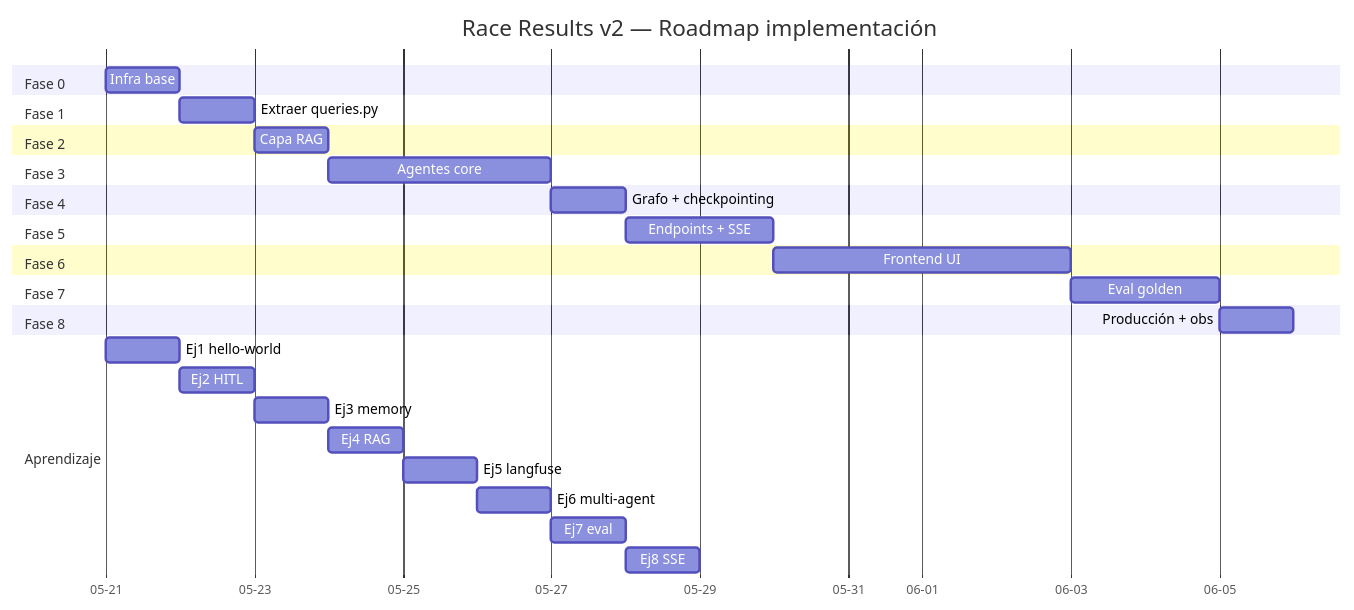
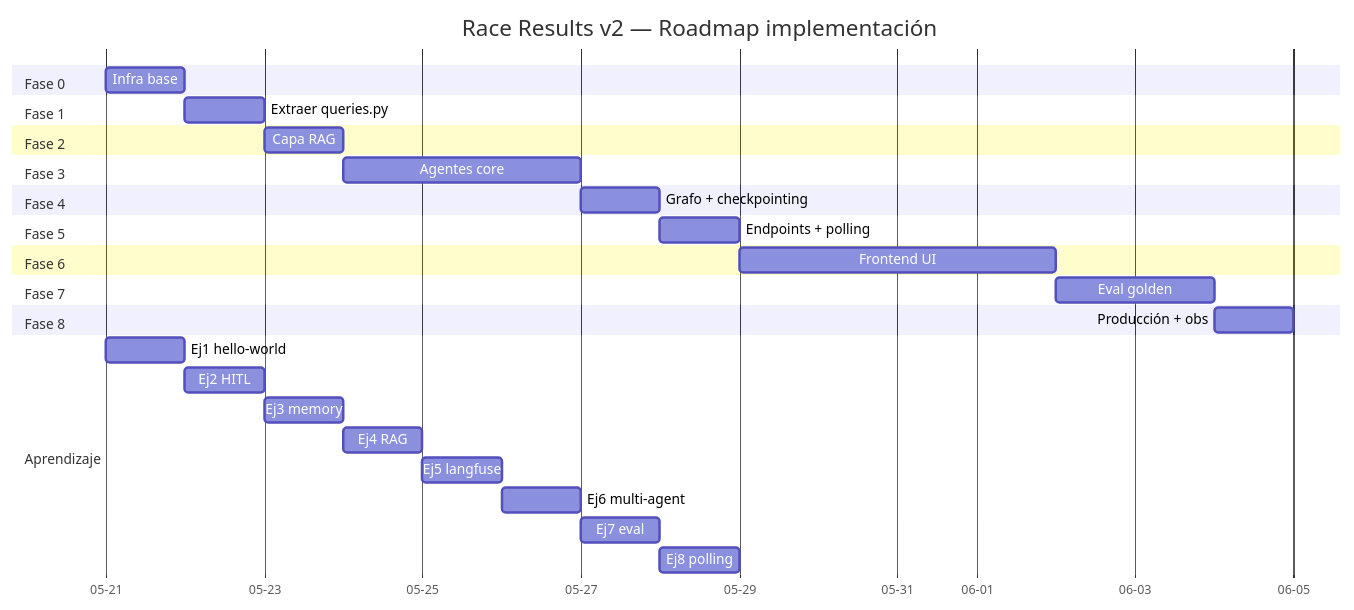
Before and after one commit to Club-Deportivo-Trocha-y-Ruta/mi: the first of 3 diagrams in docs/10-race-results/v2-implementation-workflow.md, drawn with Mermaid. The commit also changed other lines of this file and 1 other file, not shown here.

First line of the commit message:
docs(race-results): descarta SSE en favor de polling cada 2s

````diff
--- a/docs/10-race-results/v2-implementation-workflow.md
+++ b/docs/10-race-results/v2-implementation-workflow.md
@@ -51,43 +51,43 @@
 ```mermaid
 gantt
     title Race Results v2 — Roadmap implementación
     dateFormat YYYY-MM-DD
     axisFormat %m-%d
 
     section Fase 0
     Infra base                  :f0, 2026-05-21, 0.5d
 
     section Fase 1
     Extraer queries.py          :f1, after f0, 1d
 
     section Fase 2
     Capa RAG                    :f2, after f1, 1d
 
     section Fase 3
     Agentes core                :f3, after f2, 3d
 
     section Fase 4
     Grafo + checkpointing       :f4, after f3, 1d
 
     section Fase 5
-    Endpoints + SSE             :f5, after f4, 2d
+    Endpoints + polling         :f5, after f4, 0.5d
 
     section Fase 6
     Frontend UI                 :f6, after f5, 4d
 
     section Fase 7
     Eval golden                 :f7, after f6, 2d
 
     section Fase 8
     Producción + obs            :f8, after f7, 1d
 
     section Aprendizaje
     Ej1 hello-world             :ex1, 2026-05-21, 1d
     Ej2 HITL                    :ex2, after ex1, 1d
     Ej3 memory                  :ex3, after ex2, 1d
     Ej4 RAG                     :ex4, after ex3, 1d
     Ej5 langfuse                :ex5, after ex4, 1d
     Ej6 multi-agent             :ex6, after ex5, 1d
     Ej7 eval                    :ex7, after ex6, 1d
-    Ej8 SSE                     :ex8, after ex7, 1d
+    Ej8 polling                 :ex8, after ex7, 0.5d
 ```
````
